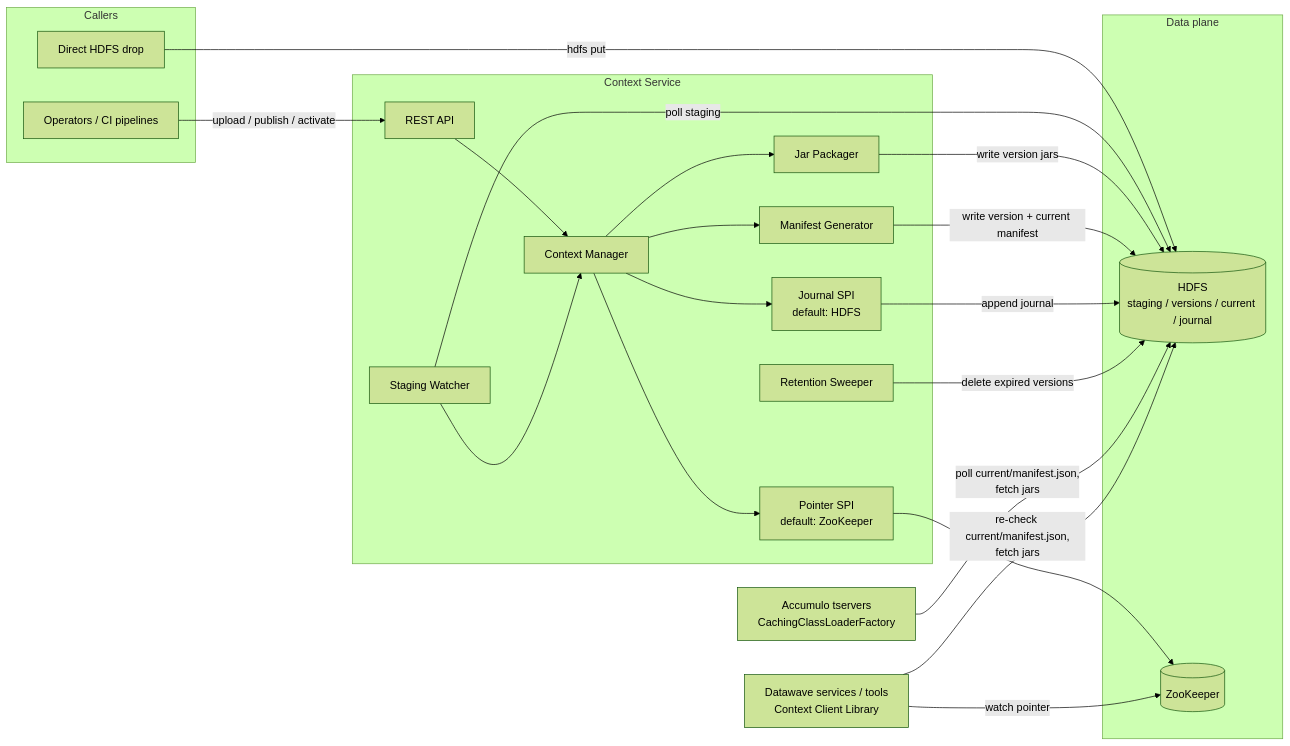
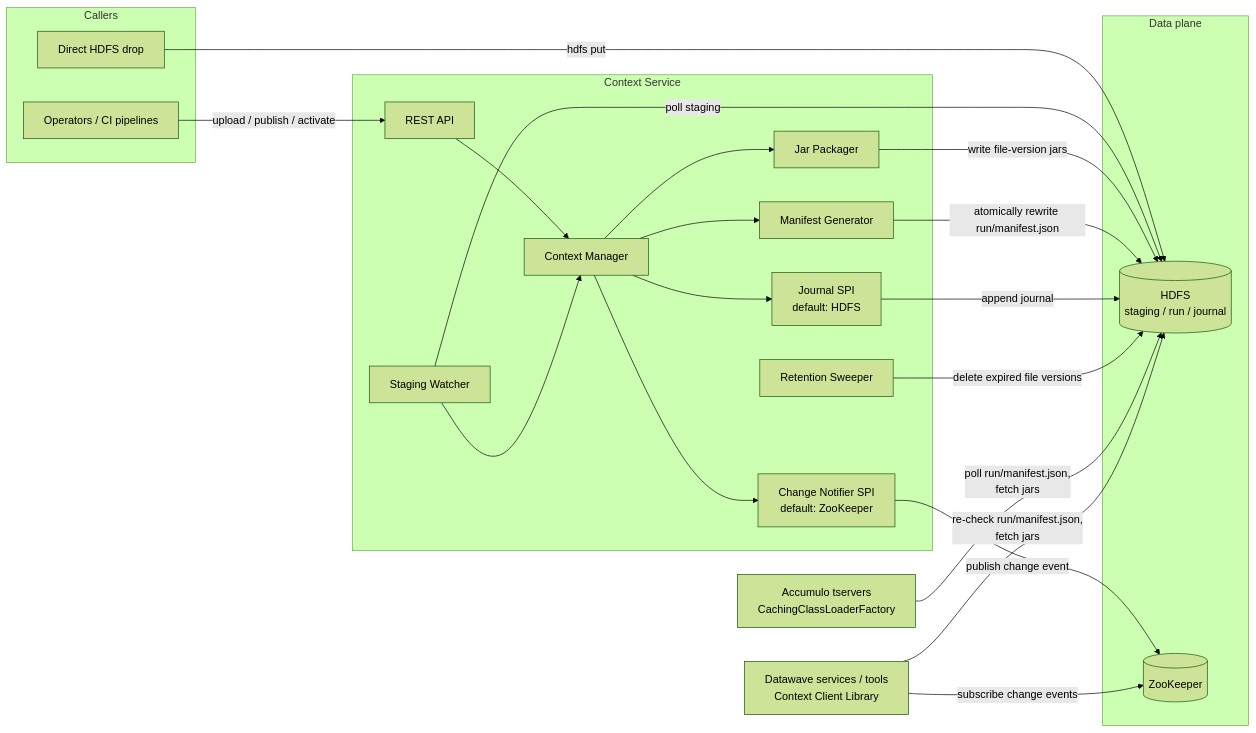
The diagram in docs/high-level-design.md (NationalSecurityAgency/datawave-file-provider-service), drawn with Mermaid (forest theme) before and after one commit. The commit also changed other lines of this file, not shown here.

````diff
--- a/docs/high-level-design.md
+++ b/docs/high-level-design.md
@@ -65,44 +66,44 @@
 ```mermaid
 flowchart LR
     subgraph clients [Callers]
         U[Operators / CI pipelines]
         D[Direct HDFS drop]
     end
 
     subgraph svc [Context Service]
         API[REST API]
         CM[Context Manager]
         FW[Staging Watcher]
         JP[Jar Packager]
         MG[Manifest Generator]
-        PTR[Pointer SPI<br/>default: ZooKeeper]
+        NTF[Change Notifier SPI<br/>default: ZooKeeper]
         AUD[Journal SPI<br/>default: HDFS]
         GC[Retention Sweeper]
     end
 
     subgraph storage [Data plane]
-        HDFS[(HDFS<br/>staging / versions / current / journal)]
+        HDFS[(HDFS<br/>staging / run / journal)]
         ZK[(ZooKeeper)]
     end
 
     ACC[Accumulo tservers<br/>CachingClassLoaderFactory]
     SVCS[Datawave services / tools<br/>Context Client Library]
 
     U -->|upload / publish / activate| API
     D -->|hdfs put| HDFS
     API --> CM
     FW -->|poll staging| HDFS
     FW --> CM
     CM --> JP
     CM --> MG
-    CM --> PTR
+    CM --> NTF
     CM --> AUD
-    JP -->|write version jars| HDFS
-    MG -->|write version + current manifest| HDFS
-    PTR --> ZK
+    JP -->|write file-version jars| HDFS
+    MG -->|atomically rewrite run/manifest.json| HDFS
+    NTF -->|publish change event| ZK
     AUD -->|append journal| HDFS
-    GC -->|delete expired versions| HDFS
-    ACC -->|poll current/manifest.json,<br/>fetch jars| HDFS
-    SVCS -->|watch pointer| ZK
-    SVCS -->|re-check current/manifest.json,<br/>fetch jars| HDFS
+    GC -->|delete expired file versions| HDFS
+    ACC -->|poll run/manifest.json,<br/>fetch jars| HDFS
+    SVCS -->|subscribe change events| ZK
+    SVCS -->|re-check run/manifest.json,<br/>fetch jars| HDFS
 ```
````
